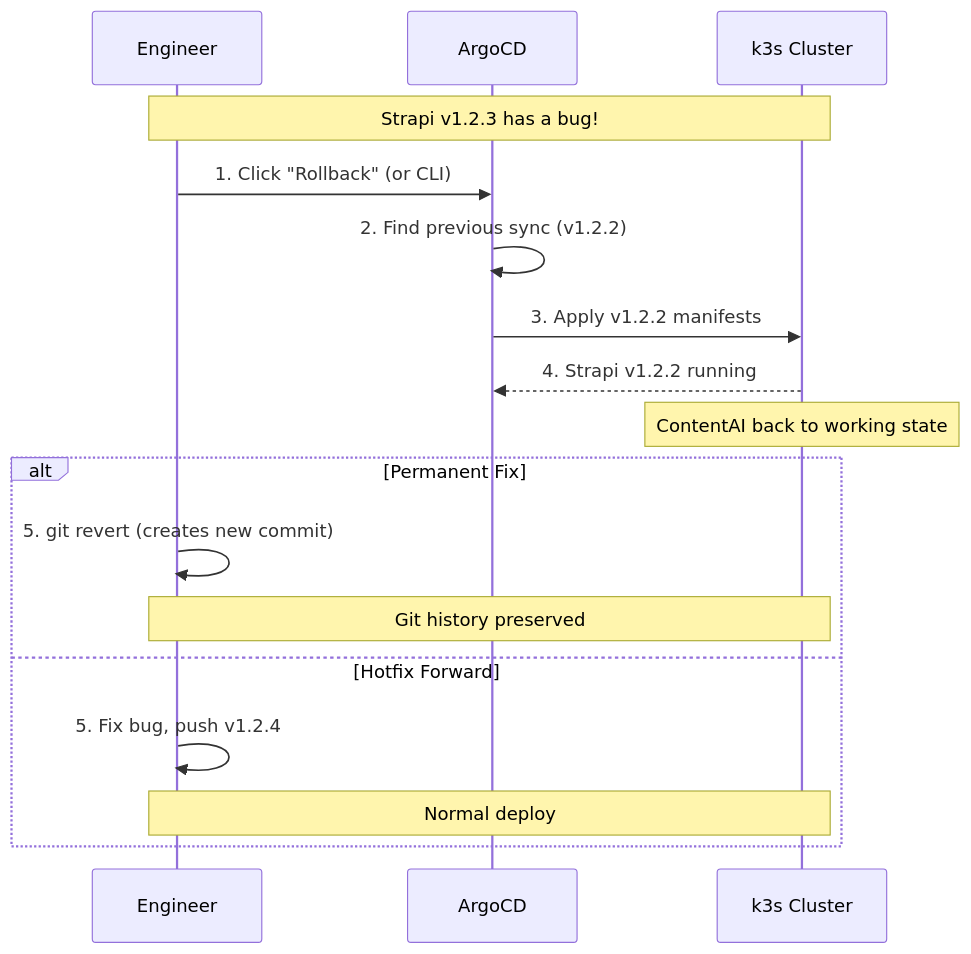
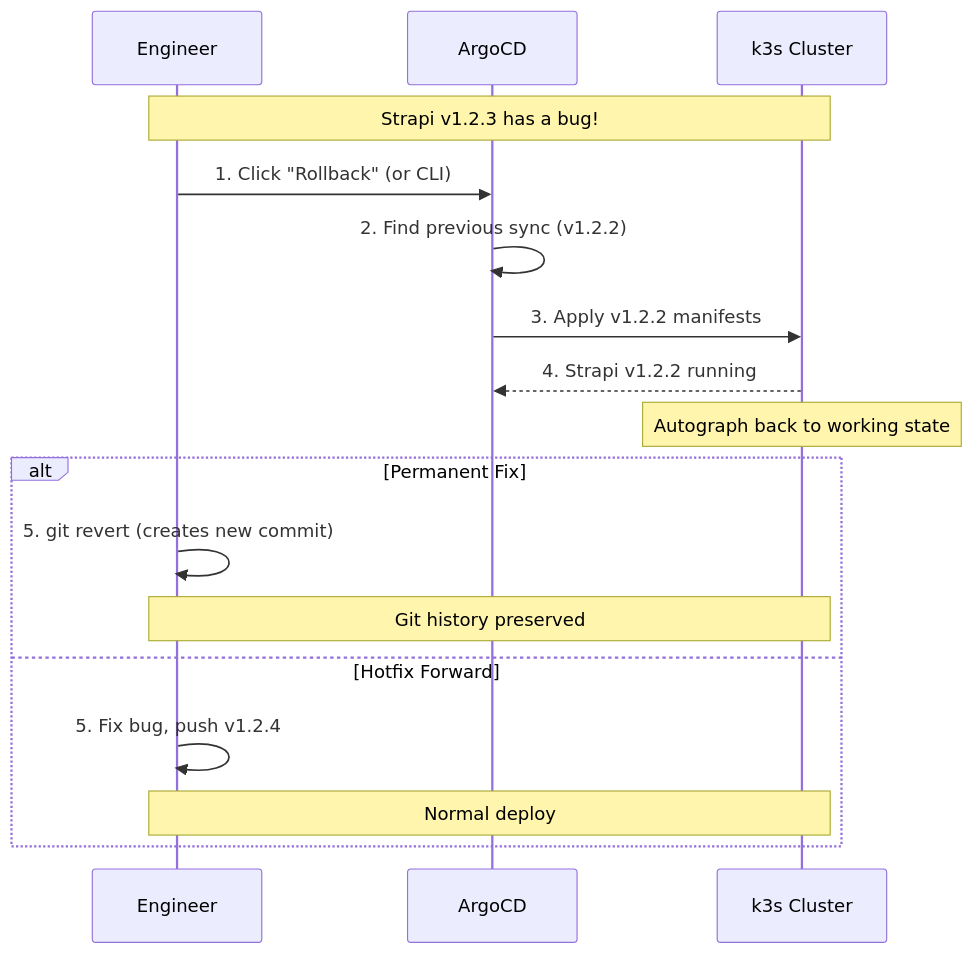
One commit to PearlThoughtsInternship/Internship-Obsidian-Vault changed the ninth of 10 diagrams in DevOps/02-Engineering/05-GitOps.md. Above: the diagram before and after it, drawn with Mermaid. The commit also changed other lines of this file and 4 other files, not shown here.

First line of the commit message:
rebrand: ContentAI → Autograph in Engineering & Platform docs

````diff
--- a/DevOps/02-Engineering/05-GitOps.md
+++ b/DevOps/02-Engineering/05-GitOps.md
@@ -635,23 +635,23 @@
 ```mermaid
 sequenceDiagram
     participant Eng as Engineer
     participant Argo as ArgoCD
     participant K8S as k3s Cluster
 
     Note over Eng,K8S: Strapi v1.2.3 has a bug!
 
     Eng->>Argo: 1. Click "Rollback" (or CLI)
     Argo->>Argo: 2. Find previous sync (v1.2.2)
     Argo->>K8S: 3. Apply v1.2.2 manifests
     K8S-->>Argo: 4. Strapi v1.2.2 running
 
-    Note over K8S: ContentAI back to working state
+    Note over K8S: Autograph back to working state
 
     alt Permanent Fix
         Eng->>Eng: 5. git revert (creates new commit)
         Note over Eng,K8S: Git history preserved
     else Hotfix Forward
         Eng->>Eng: 5. Fix bug, push v1.2.4
         Note over Eng,K8S: Normal deploy
     end
 ```
````
